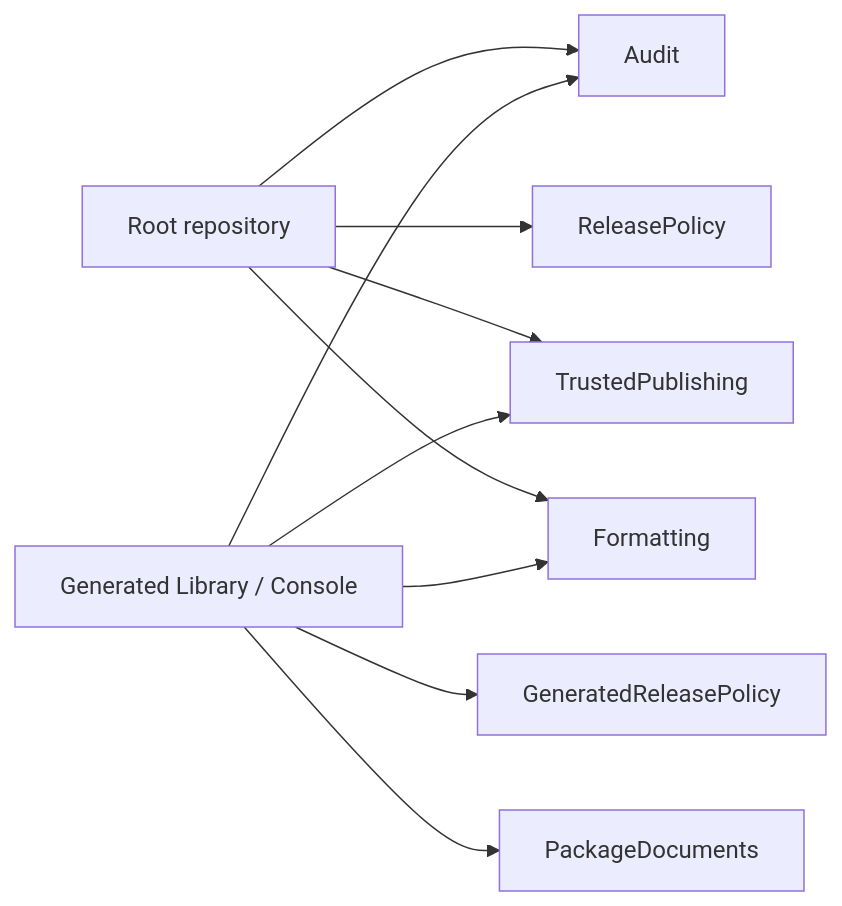
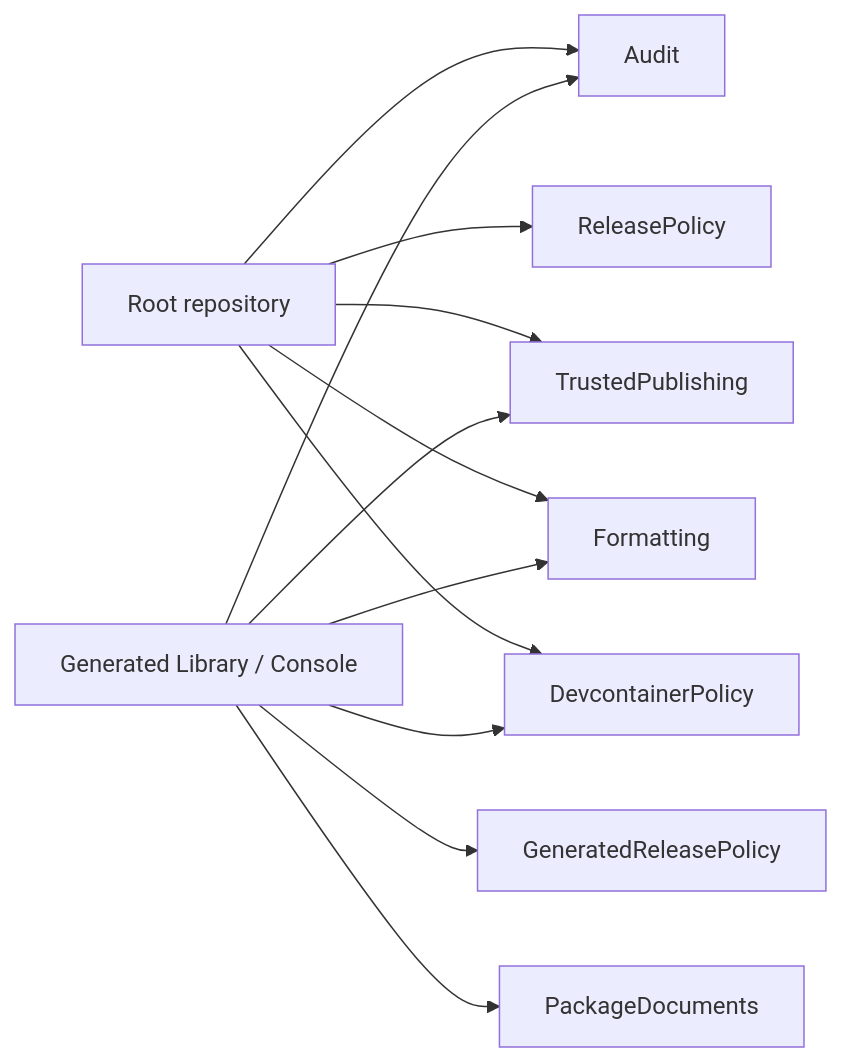
The diagram in lode/tests/policy-tests.md (TheAngryByrd/MiniScaffold), drawn with Mermaid before and after one commit. The commit also changed other lines of this file and 13 other files, not shown here.

````diff
--- a/lode/tests/policy-tests.md
+++ b/lode/tests/policy-tests.md
@@ -6,12 +6,14 @@
 ```mermaid
 flowchart LR
     Root["Root repository"] --> Audit
     Root --> Release["ReleasePolicy"]
     Root --> Trusted["TrustedPublishing"]
     Root --> Format["Formatting"]
+    Root --> Devcontainer["DevcontainerPolicy"]
     Gen["Generated Library / Console"] --> Audit
     Gen --> GenRelease["GeneratedReleasePolicy"]
     Gen --> Trusted
     Gen --> Format
     Gen --> PkgDocs["PackageDocuments"]
+    Gen --> Devcontainer
 ```
````
